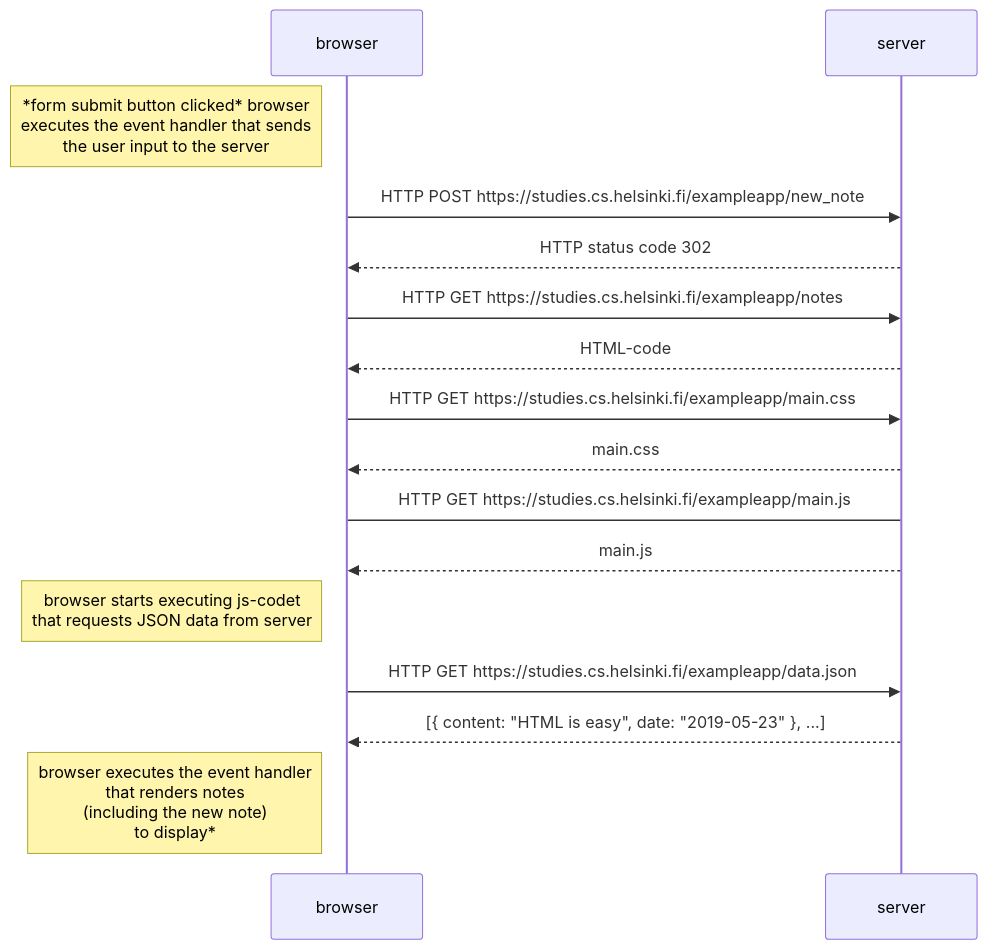
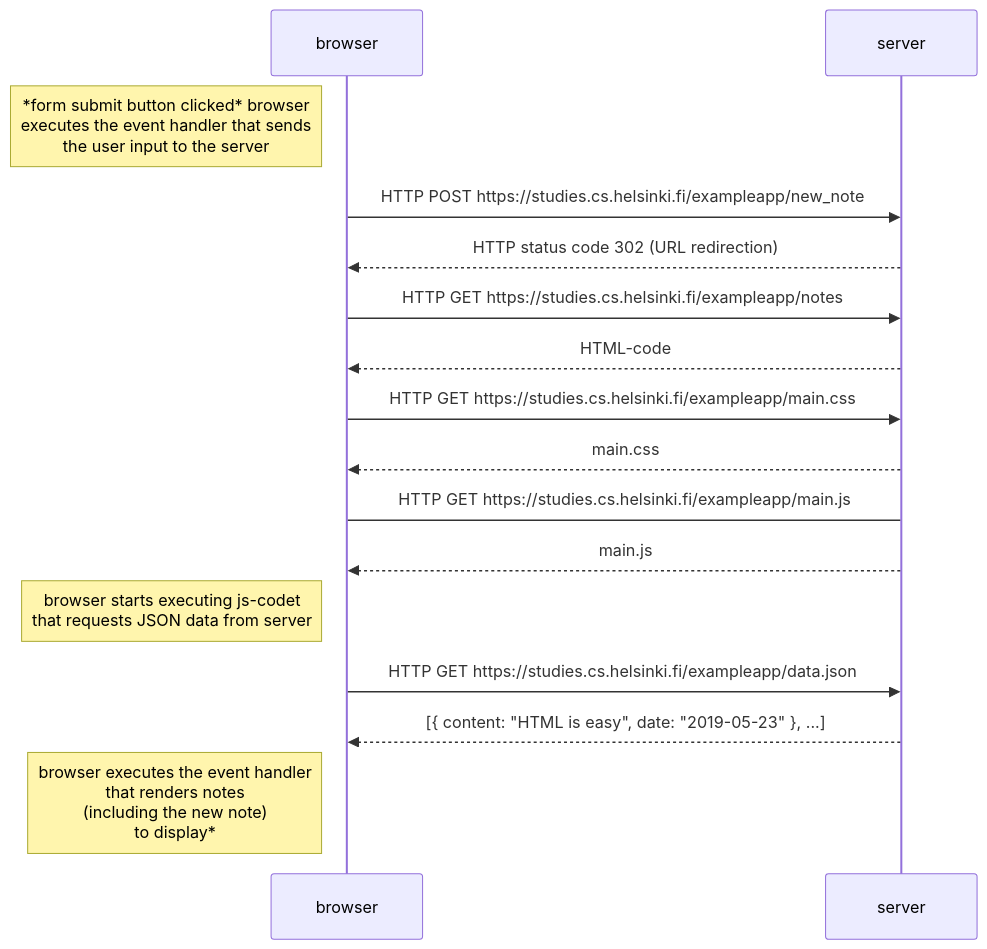
The diagram in part0/part0-4.md (ikeronx/fullstackopen2022), drawn with Mermaid before and after one commit.

Commit message:
made changes

````diff
--- a/part0/part0-4.md
+++ b/part0/part0-4.md
@@ -2,16 +2,16 @@
 ```mermaid
  sequenceDiagram
     Note left of browser: *form submit button  clicked* browser <br>  executes the event handler that sends <br> the user input to the server
     browser->>server:  HTTP POST https://studies.cs.helsinki.fi/exampleapp/new_note
-    server-->>browser: HTTP status code 302
+    server-->>browser: HTTP status code 302 (URL redirection)
     browser->>server: HTTP GET https://studies.cs.helsinki.fi/exampleapp/notes
     server-->>browser: HTML-code
     browser->>server: HTTP GET https://studies.cs.helsinki.fi/exampleapp/main.css
     server-->>browser: main.css
     browser->server: HTTP GET https://studies.cs.helsinki.fi/exampleapp/main.js
     server-->>browser: main.js
     Note left of browser: browser starts executing js-codet <br> that requests JSON data from server 
     browser->>server: HTTP GET https://studies.cs.helsinki.fi/exampleapp/data.json
     server-->>browser: [{ content: "HTML is easy", date: "2019-05-23" }, ...]
     Note left of browser: browser executes the event handler <br> that renders notes <br> (including the new note) <br>to display*
 ```
````
